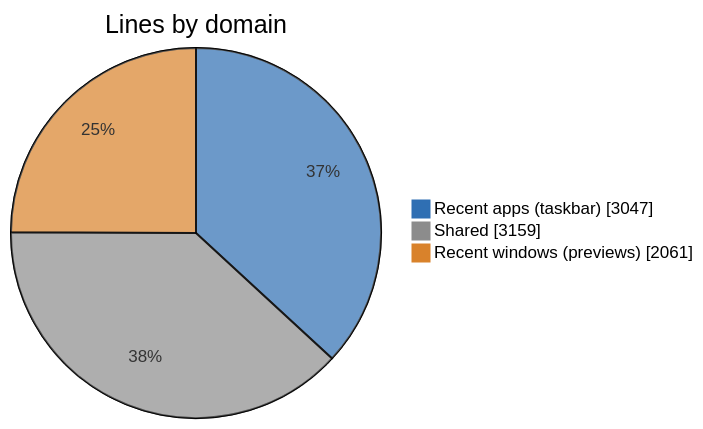
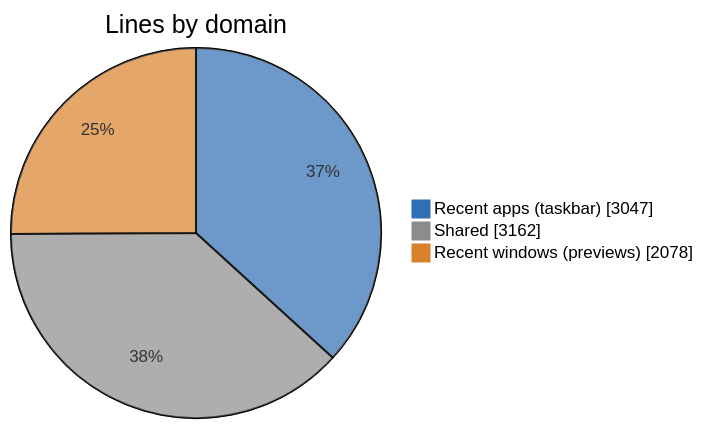
The first of 5 diagrams in doc/code/code-breakdown.md (jvlasek/taskbar-recent-focus-highlight), drawn with Mermaid before and after one commit. The commit also changed other lines of this file and 8 other files, not shown here.

````diff
--- a/doc/code/code-breakdown.md
+++ b/doc/code/code-breakdown.md
@@ -15,7 +15,7 @@
 ```mermaid
 %%{init: {"themeVariables": {"pie1": "#2F6FB3", "pie2": "#8C8C8C", "pie3": "#D9822B", "pieOuterStrokeWidth": "1px"}}}%%
 pie showData title Lines by domain
     "Recent apps (taskbar)" : 3047
-    "Shared" : 3159
-    "Recent windows (previews)" : 2061
+    "Shared" : 3162
+    "Recent windows (previews)" : 2078
 ```
````
